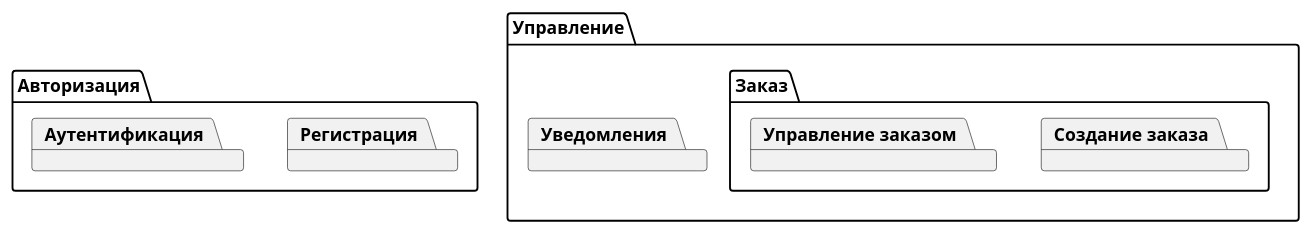
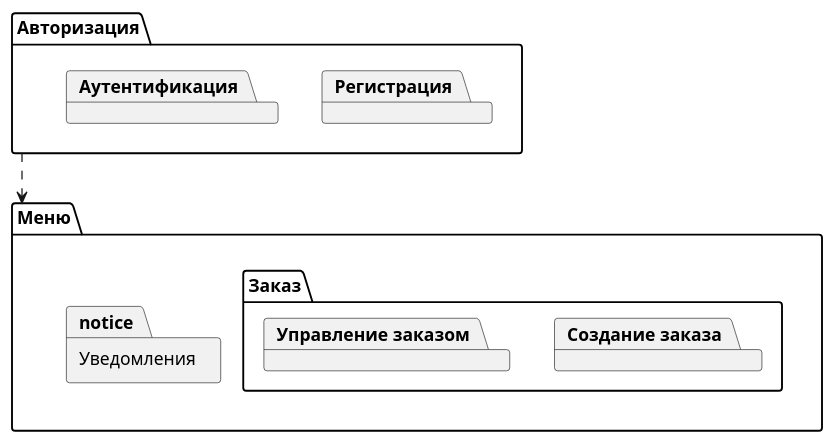
One commit to avdosev/itmo-software-diagrams changed the diagram in package/logical-view.puml. Above: the diagram before and after it, drawn with PlantUML.

```diff
--- a/package/logical-view.puml
+++ b/package/logical-view.puml
@@ -1,23 +1,23 @@
-@startuml
+@startuml logical-view
 
-package "Авторизация" {
+package auth as "Авторизация" {
     package "Регистрация"
 
     package "Аутентификация"
 }
 
-package "Управление" {
+package main as "Меню" {
     package "Заказ" {
         package "Создание заказа"
 
         package "Управление заказом"
     }
 
-    
-    package "Уведомления"
-    
+    package notice as "Уведомления" {
+
+    }
 }
 
-package "Уведомления"
+auth ..> main
 
 @enduml
```
